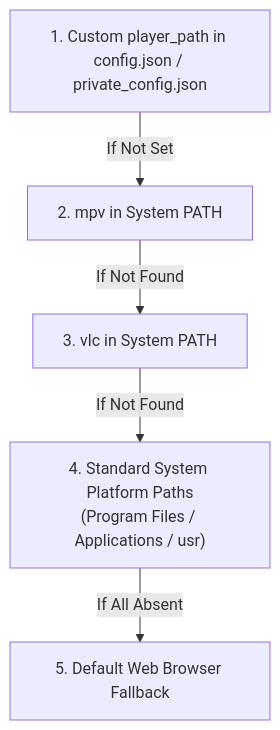
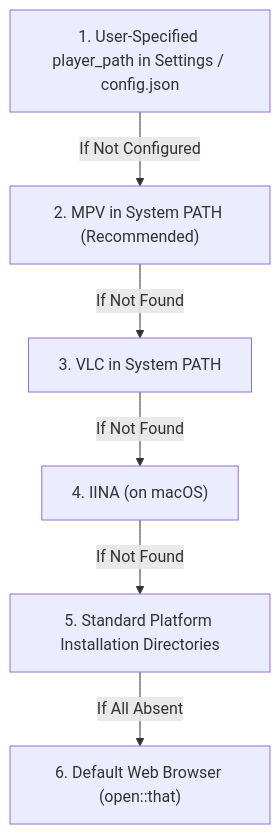
The diagram in docs/video_playback.md (clockworkengineer/youtube-client), drawn with Mermaid before and after one commit. The commit also changed other lines of this file and 20 other files, not shown here.

Commit message:
docs: overhaul documentation suite for v0.2.0, solid architecture, and dedicated crate readmes

````diff
--- a/docs/video_playback.md
+++ b/docs/video_playback.md
@@ -15,7 +46,8 @@
 ```mermaid
 graph TD
-    P1["1. Custom player_path in config.json / private_config.json"] -->|If Not Set| P2["2. mpv in System PATH"]
-    P2 -->|If Not Found| P3["3. vlc in System PATH"]
-    P3 -->|If Not Found| P4["4. Standard System Platform Paths<br/>(Program Files / Applications / usr)"]
-    P4 -->|If All Absent| P5["5. Default Web Browser Fallback"]
+    P1["1. User-Specified player_path in Settings / config.json"] -->|If Not Configured| P2["2. MPV in System PATH (Recommended)"]
+    P2 -->|If Not Found| P3["3. VLC in System PATH"]
+    P3 -->|If Not Found| P4["4. IINA (on macOS)"]
+    P4 -->|If Not Found| P5["5. Standard Platform Installation Directories"]
+    P5 -->|If All Absent| P6["6. Default Web Browser (open::that)"]
 ```
````
